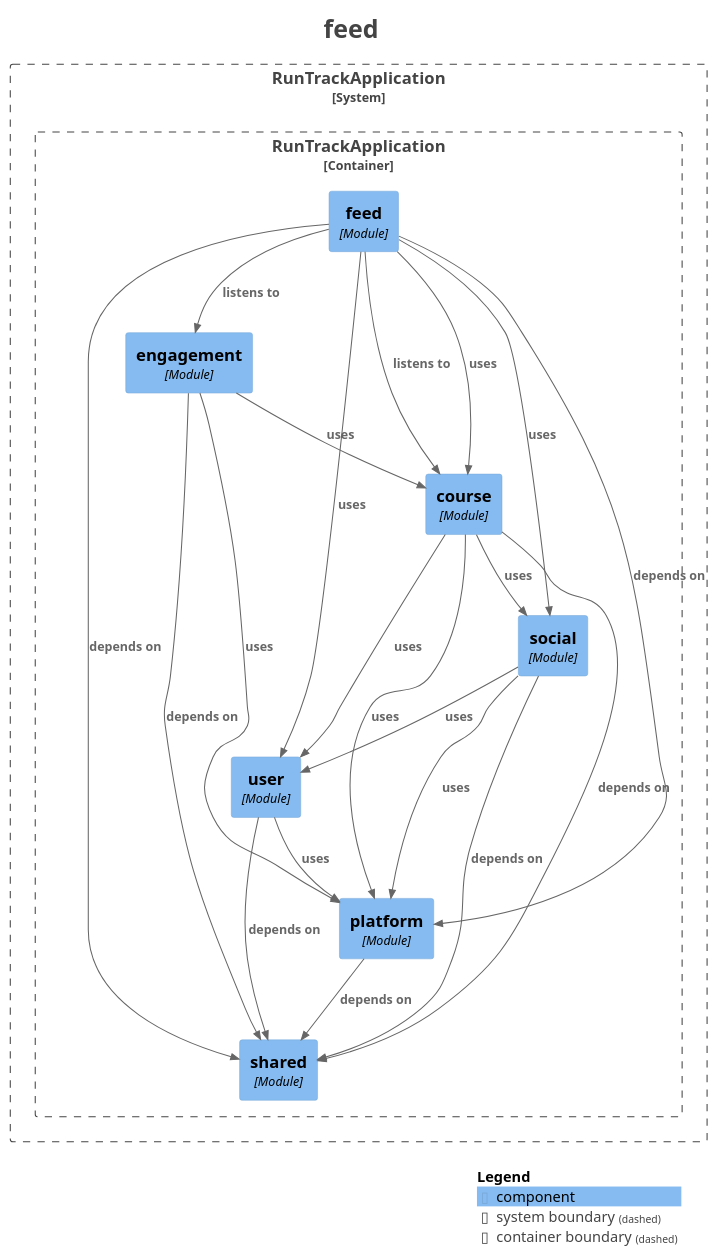
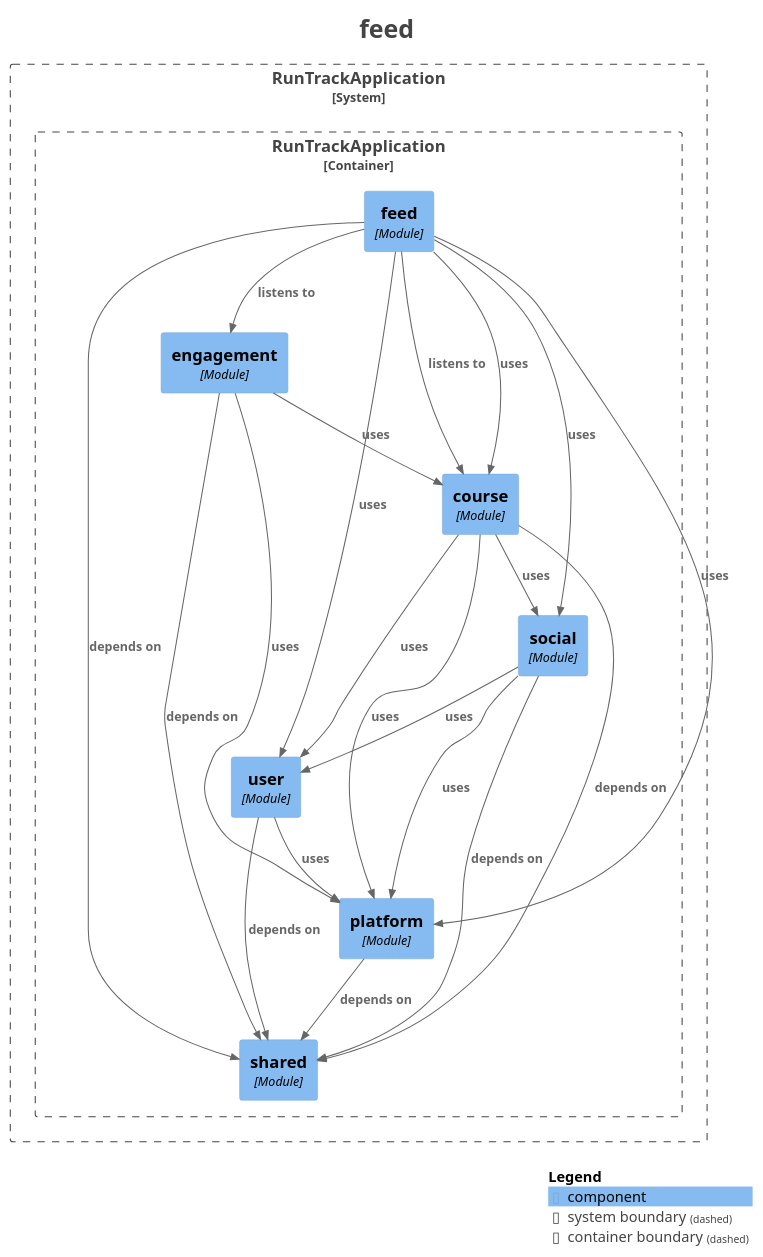
Before and after one commit to ThoRibeiro/runtrack: the diagram in docs/modules/module-feed.puml, drawn with PlantUML. The commit also changed 37 other files, not shown here.

```diff
--- a/docs/modules/module-feed.puml
+++ b/docs/modules/module-feed.puml
@@ -1,54 +1,54 @@
 @startuml
 title <size:24>feed</size>
 
 set separator none
 top to bottom direction
 
 <style>
   root {
     BackgroundColor: #ffffff
     FontColor: #444444
   }
 </style>
 
 !include <C4/C4>
 !include <C4/C4_Context>
 !include <C4/C4_Component>
 
 System_Boundary("RunTrackApplication_boundary", "RunTrackApplication", $tags="") {
   Container_Boundary("RunTrackApplication.RunTrackApplication_boundary", "RunTrackApplication", $tags="") {
     Component(RunTrackApplication.RunTrackApplication.engagement, "engagement", $techn="Module", $descr="", $tags="", $link="")
     Component(RunTrackApplication.RunTrackApplication.feed, "feed", $techn="Module", $descr="", $tags="", $link="")
     Component(RunTrackApplication.RunTrackApplication.shared, "shared", $techn="Module", $descr="", $tags="", $link="")
     Component(RunTrackApplication.RunTrackApplication.platform, "platform", $techn="Module", $descr="", $tags="", $link="")
     Component(RunTrackApplication.RunTrackApplication.user, "user", $techn="Module", $descr="", $tags="", $link="")
     Component(RunTrackApplication.RunTrackApplication.social, "social", $techn="Module", $descr="", $tags="", $link="")
     Component(RunTrackApplication.RunTrackApplication.course, "course", $techn="Module", $descr="", $tags="", $link="")
   }
 
 }
 
-Rel(RunTrackApplication.RunTrackApplication.feed, RunTrackApplication.RunTrackApplication.engagement, "listens to", $techn="", $tags="", $link="")
-Rel(RunTrackApplication.RunTrackApplication.feed, RunTrackApplication.RunTrackApplication.course, "listens to", $techn="", $tags="", $link="")
-Rel(RunTrackApplication.RunTrackApplication.feed, RunTrackApplication.RunTrackApplication.shared, "depends on", $techn="", $tags="", $link="")
-Rel(RunTrackApplication.RunTrackApplication.feed, RunTrackApplication.RunTrackApplication.platform, "depends on", $techn="", $tags="", $link="")
-Rel(RunTrackApplication.RunTrackApplication.feed, RunTrackApplication.RunTrackApplication.course, "uses", $techn="", $tags="", $link="")
-Rel(RunTrackApplication.RunTrackApplication.feed, RunTrackApplication.RunTrackApplication.social, "uses", $techn="", $tags="", $link="")
-Rel(RunTrackApplication.RunTrackApplication.feed, RunTrackApplication.RunTrackApplication.user, "uses", $techn="", $tags="", $link="")
+Rel(RunTrackApplication.RunTrackApplication.social, RunTrackApplication.RunTrackApplication.shared, "depends on", $techn="", $tags="", $link="")
+Rel(RunTrackApplication.RunTrackApplication.social, RunTrackApplication.RunTrackApplication.platform, "uses", $techn="", $tags="", $link="")
+Rel(RunTrackApplication.RunTrackApplication.social, RunTrackApplication.RunTrackApplication.user, "uses", $techn="", $tags="", $link="")
 Rel(RunTrackApplication.RunTrackApplication.course, RunTrackApplication.RunTrackApplication.shared, "depends on", $techn="", $tags="", $link="")
 Rel(RunTrackApplication.RunTrackApplication.course, RunTrackApplication.RunTrackApplication.user, "uses", $techn="", $tags="", $link="")
 Rel(RunTrackApplication.RunTrackApplication.course, RunTrackApplication.RunTrackApplication.social, "uses", $techn="", $tags="", $link="")
 Rel(RunTrackApplication.RunTrackApplication.course, RunTrackApplication.RunTrackApplication.platform, "uses", $techn="", $tags="", $link="")
-Rel(RunTrackApplication.RunTrackApplication.platform, RunTrackApplication.RunTrackApplication.shared, "depends on", $techn="", $tags="", $link="")
 Rel(RunTrackApplication.RunTrackApplication.engagement, RunTrackApplication.RunTrackApplication.shared, "depends on", $techn="", $tags="", $link="")
 Rel(RunTrackApplication.RunTrackApplication.engagement, RunTrackApplication.RunTrackApplication.platform, "uses", $techn="", $tags="", $link="")
 Rel(RunTrackApplication.RunTrackApplication.engagement, RunTrackApplication.RunTrackApplication.course, "uses", $techn="", $tags="", $link="")
 Rel(RunTrackApplication.RunTrackApplication.user, RunTrackApplication.RunTrackApplication.shared, "depends on", $techn="", $tags="", $link="")
 Rel(RunTrackApplication.RunTrackApplication.user, RunTrackApplication.RunTrackApplication.platform, "uses", $techn="", $tags="", $link="")
-Rel(RunTrackApplication.RunTrackApplication.social, RunTrackApplication.RunTrackApplication.shared, "depends on", $techn="", $tags="", $link="")
-Rel(RunTrackApplication.RunTrackApplication.social, RunTrackApplication.RunTrackApplication.platform, "uses", $techn="", $tags="", $link="")
-Rel(RunTrackApplication.RunTrackApplication.social, RunTrackApplication.RunTrackApplication.user, "uses", $techn="", $tags="", $link="")
+Rel(RunTrackApplication.RunTrackApplication.platform, RunTrackApplication.RunTrackApplication.shared, "depends on", $techn="", $tags="", $link="")
+Rel(RunTrackApplication.RunTrackApplication.feed, RunTrackApplication.RunTrackApplication.course, "listens to", $techn="", $tags="", $link="")
+Rel(RunTrackApplication.RunTrackApplication.feed, RunTrackApplication.RunTrackApplication.engagement, "listens to", $techn="", $tags="", $link="")
+Rel(RunTrackApplication.RunTrackApplication.feed, RunTrackApplication.RunTrackApplication.shared, "depends on", $techn="", $tags="", $link="")
+Rel(RunTrackApplication.RunTrackApplication.feed, RunTrackApplication.RunTrackApplication.platform, "uses", $techn="", $tags="", $link="")
+Rel(RunTrackApplication.RunTrackApplication.feed, RunTrackApplication.RunTrackApplication.course, "uses", $techn="", $tags="", $link="")
+Rel(RunTrackApplication.RunTrackApplication.feed, RunTrackApplication.RunTrackApplication.social, "uses", $techn="", $tags="", $link="")
+Rel(RunTrackApplication.RunTrackApplication.feed, RunTrackApplication.RunTrackApplication.user, "uses", $techn="", $tags="", $link="")
 
 SHOW_LEGEND(true)
 hide stereotypes
 @enduml
```
